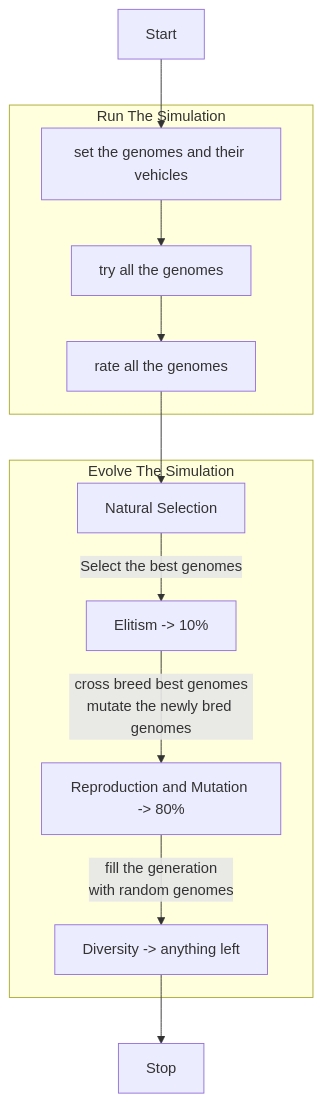
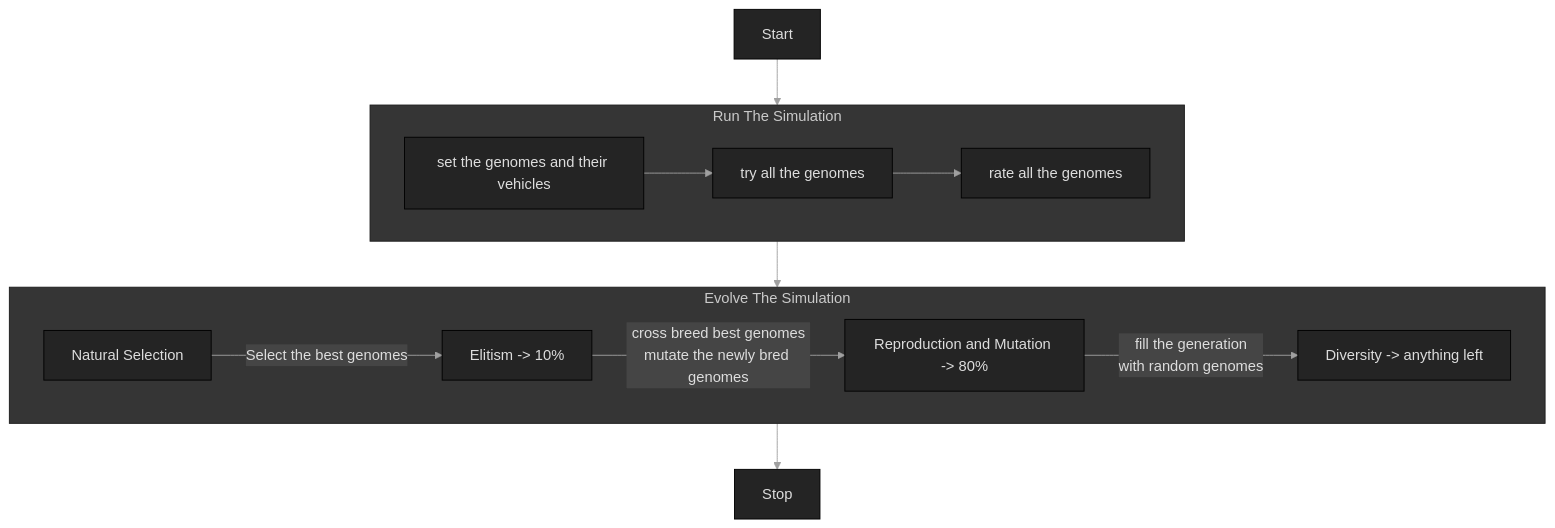
One commit to GuillaumeBouchetEpitech/self-learning-3d-cars changed the first of 3 diagrams in README.md. Above: the diagram before and after it, drawn with Mermaid. The commit also changed other lines of this file, not shown here.

Commit message:
doc: updated diagrams with mermaid again

````diff
--- a/README.md
+++ b/README.md
@@ -38,30 +38,47 @@
 ```mermaid
+
+%%{
+  init: {
+    'theme': 'base',
+    'themeVariables': {
+      'primaryColor': '#242424',
+      'primaryTextColor': '#DDD',
+      'primaryBorderColor': '#000',
+      'lineColor': '#A0A0A0',
+      'secondaryColor': '#454545',
+      'tertiaryColor': '#353535'
+    }
+  }
+}%%
 
   flowchart TD
 
-    subgraph Run The Simulation
+    subgraph simulation [Run The Simulation]
 
       run1[set the genomes and their vehicles]
       run2[try all the genomes]
       run3[rate all the genomes]
 
     end
 
-    subgraph Evolve The Simulation
+    subgraph evolution [Evolve The Simulation]
 
       evo1[Natural Selection]
       evo2[Elitism -> 10%]
       evo3[Reproduction and Mutation -> 80%]
       evo4[Diversity -> anything left]
 
     end
 
-    Start --> run1 --> run2 --> run3
+    Start --> simulation
+    simulation --> evolution
+    evolution --> Stop
+
+    run1 --> run2 --> run3
+
     evo1 -- Select the best genomes --> evo2
     evo2 -- cross breed best genomes\nmutate the newly bred genomes --> evo3
     evo3 -- fill the generation\nwith random genomes --> evo4
 
-    run3 --> evo1
-    evo4 --> Stop
 
 ```
````
